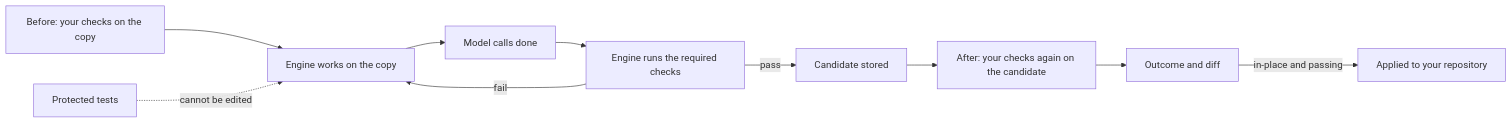
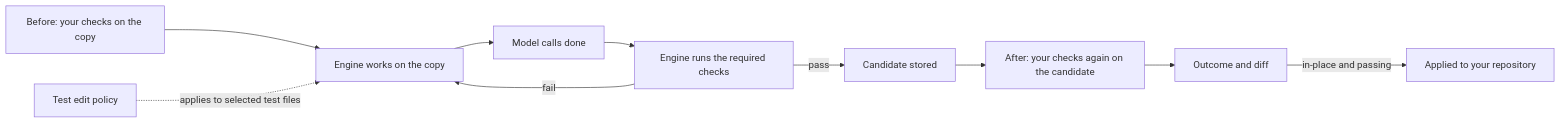
Before and after one commit to FarsideResearch/StateFrame: the third of 7 diagrams in ARCHITECTURE.md, drawn with Mermaid. The commit also changed other lines of this file and 72 other files, not shown here.

````diff
--- a/ARCHITECTURE.md
+++ b/ARCHITECTURE.md
@@ -51,12 +51,12 @@
 ```mermaid
 flowchart LR
     B[Before: your checks on the copy] --> W[Engine works on the copy]
     W --> D[Model calls done]
     D --> E[Engine runs the required checks]
     E -->|fail| W
     E -->|pass| K[Candidate stored]
     K --> A[After: your checks again on the candidate]
     A --> O[Outcome and diff]
     O -->|in-place and passing| I[Applied to your repository]
-    P[Protected tests] -. cannot be edited .-> W
+    P[Test edit policy] -. applies to selected test files .-> W
 ```
````
